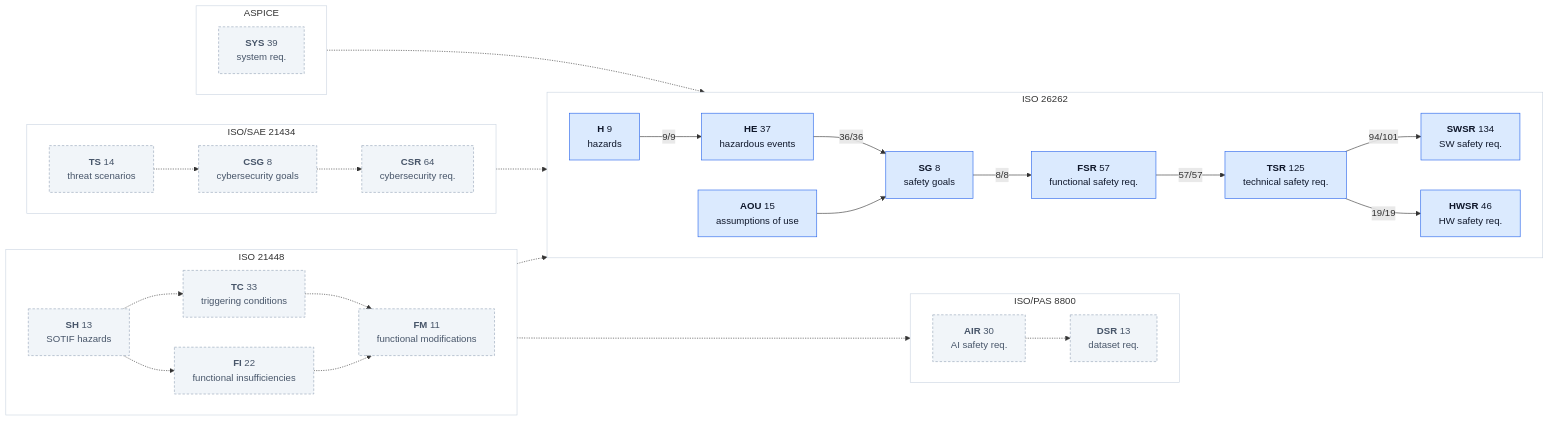
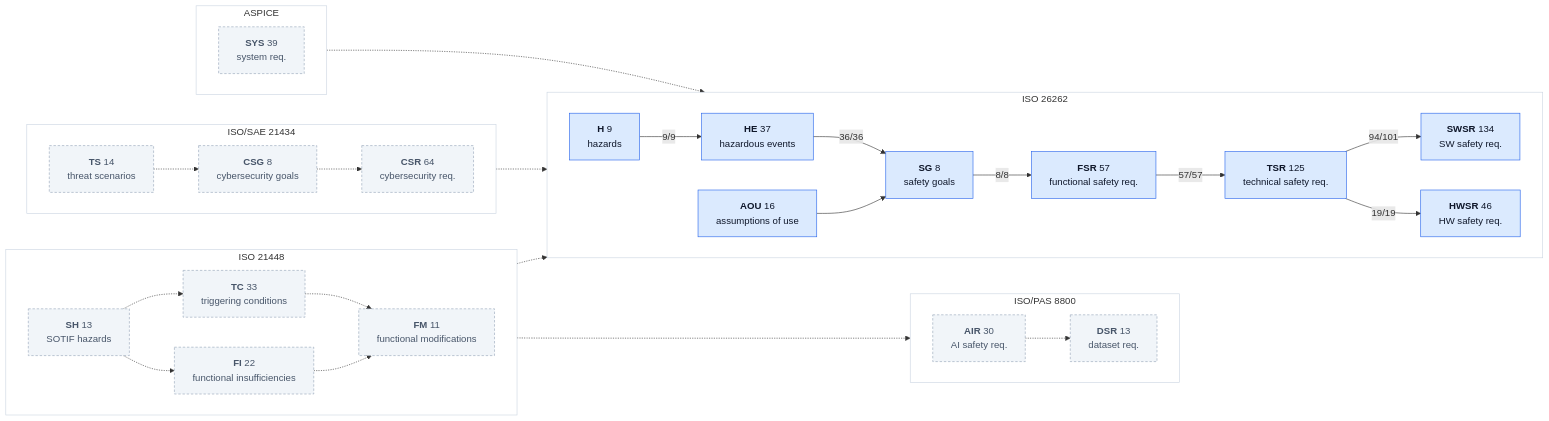
Before and after one commit to jherrodthomas/LionDriver: the second of 2 diagrams in assurance/trace/maps/aspice-trace-map.md, drawn with Mermaid. The commit also changed other lines of this file and 23 other files, not shown here.

````diff
--- a/assurance/trace/maps/aspice-trace-map.md
+++ b/assurance/trace/maps/aspice-trace-map.md
@@ -188,61 +188,61 @@
 ```mermaid
 flowchart LR
   subgraph ISO26262["ISO 26262"]
     direction LR
     kH["<b>H</b> 9<br/>hazards"]:::traced
     kHE["<b>HE</b> 37<br/>hazardous events"]:::traced
     kSG["<b>SG</b> 8<br/>safety goals"]:::traced
     kFSR["<b>FSR</b> 57<br/>functional safety req."]:::traced
     kTSR["<b>TSR</b> 125<br/>technical safety req."]:::traced
     kSWSR["<b>SWSR</b> 134<br/>SW safety req."]:::traced
     kHWSR["<b>HWSR</b> 46<br/>HW safety req."]:::traced
-    kAOU["<b>AOU</b> 15<br/>assumptions of use"]:::traced
+    kAOU["<b>AOU</b> 16<br/>assumptions of use"]:::traced
   end
   style ISO26262 fill:#FFFFFF,stroke:#CBD5E1
   subgraph ISO21448["ISO 21448"]
     direction LR
     kSH["<b>SH</b> 13<br/>SOTIF hazards"]:::doc
     kTC["<b>TC</b> 33<br/>triggering conditions"]:::doc
     kFI["<b>FI</b> 22<br/>functional insufficiencies"]:::doc
     kFM["<b>FM</b> 11<br/>functional modifications"]:::doc
   end
   style ISO21448 fill:#FFFFFF,stroke:#CBD5E1
   subgraph ISOPAS8800["ISO/PAS 8800"]
     direction LR
     kAIR["<b>AIR</b> 30<br/>AI safety req."]:::doc
     kDSR["<b>DSR</b> 13<br/>dataset req."]:::doc
   end
   style ISOPAS8800 fill:#FFFFFF,stroke:#CBD5E1
   subgraph ISOSAE21434["ISO/SAE 21434"]
     direction LR
     kTS["<b>TS</b> 14<br/>threat scenarios"]:::doc
     kCSG["<b>CSG</b> 8<br/>cybersecurity goals"]:::doc
     kCSR["<b>CSR</b> 64<br/>cybersecurity req."]:::doc
   end
   style ISOSAE21434 fill:#FFFFFF,stroke:#CBD5E1
   subgraph ASPICE["ASPICE"]
     direction LR
     kSYS["<b>SYS</b> 39<br/>system req."]:::doc
   end
   style ASPICE fill:#FFFFFF,stroke:#CBD5E1
   kH -->|"9/9"| kHE
   kHE -->|"36/36"| kSG
   kSG -->|"8/8"| kFSR
   kFSR -->|"57/57"| kTSR
   kTSR -->|"94/101"| kSWSR
   kTSR -->|"19/19"| kHWSR
   kAOU --> kSG
   kSH -.-> kTC
   kSH -.-> kFI
   kTC -.-> kFM
   kFI -.-> kFM
   kSH -.-> kHE
   kFI -.-> kAIR
   kAIR -.-> kDSR
   kTS -.-> kCSG
   kCSG -.-> kCSR
   kCSG -.-> kSG
   kSYS -.-> kTSR
   classDef traced fill:#DBEAFE,stroke:#2563EB,color:#0F172A
   classDef doc fill:#F1F5F9,stroke:#94A3B8,stroke-dasharray:4 3,color:#475569
 ```
````
